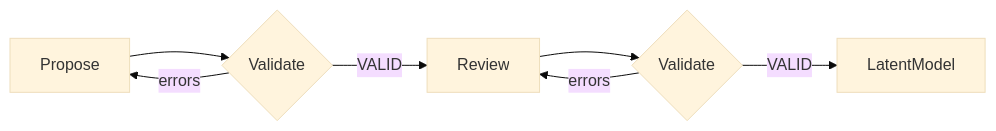
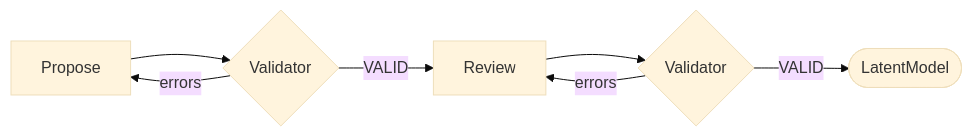
One commit to ma9o/causal-ssm-agent changed the diagram in docs/pipeline/01a-latent-model.md. Above: the diagram before and after it, drawn with Mermaid (base theme). The commit also changed other lines of this file, not shown here.

````diff
--- a/docs/pipeline/01a-latent-model.md
+++ b/docs/pipeline/01a-latent-model.md
@@ -33,6 +23,6 @@
 ```mermaid
 flowchart LR
-    P[Propose] --> V1{Validate} -- errors --> P
-    V1 -- VALID --> R[Review] --> V2{Validate} -- errors --> R
-    V2 -- VALID --> F[LatentModel]
+    P[Propose] --> V1{Validator} -- errors --> P
+    V1 -- VALID --> R[Review] --> V2{Validator} -- errors --> R
+    V2 -- VALID --> F([LatentModel])
 ```
````
